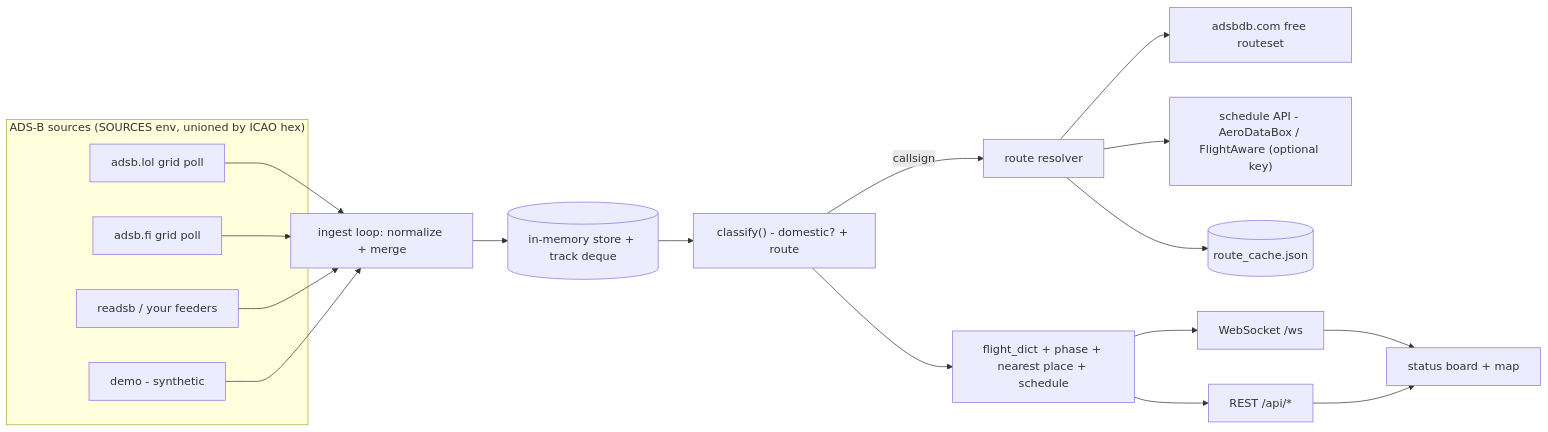
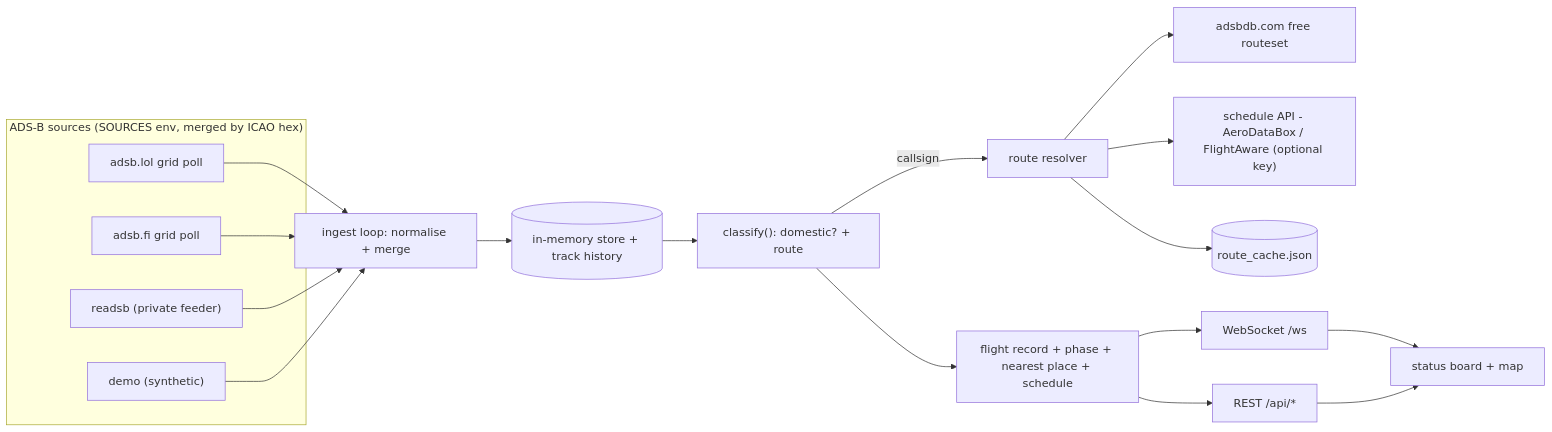
The diagram in README.md (aman-singh01/india-flight-status), drawn with Mermaid before and after one commit. The commit also changed other lines of this file, not shown here.

````diff
--- a/README.md
+++ b/README.md
@@ -30,24 +30,24 @@
 ```mermaid
 flowchart LR
-  subgraph Sources["ADS-B sources (SOURCES env, unioned by ICAO hex)"]
+  subgraph Sources["ADS-B sources (SOURCES env, merged by ICAO hex)"]
     A[adsb.lol grid poll]
     B[adsb.fi grid poll]
-    C[readsb / your feeders]
-    D[demo - synthetic]
+    C["readsb (private feeder)"]
+    D["demo (synthetic)"]
   end
   A --> I
   B --> I
   C --> I
   D --> I
-  I[ingest loop: normalize + merge] --> S[(in-memory store + track deque)]
-  S --> K["classify() - domestic? + route"]
+  I[ingest loop: normalise + merge] --> S[(in-memory store + track history)]
+  S --> K["classify(): domestic? + route"]
   K -->|callsign| R[route resolver]
   R --> R1[adsbdb.com free routeset]
   R --> R2["schedule API - AeroDataBox / FlightAware (optional key)"]
   R --> RC[(route_cache.json)]
-  K --> M[flight_dict + phase + nearest place + schedule]
+  K --> M[flight record + phase + nearest place + schedule]
   M --> WS[WebSocket /ws]
   M --> API[REST /api/*]
   WS --> UI[status board + map]
   API --> UI
 ```
````
